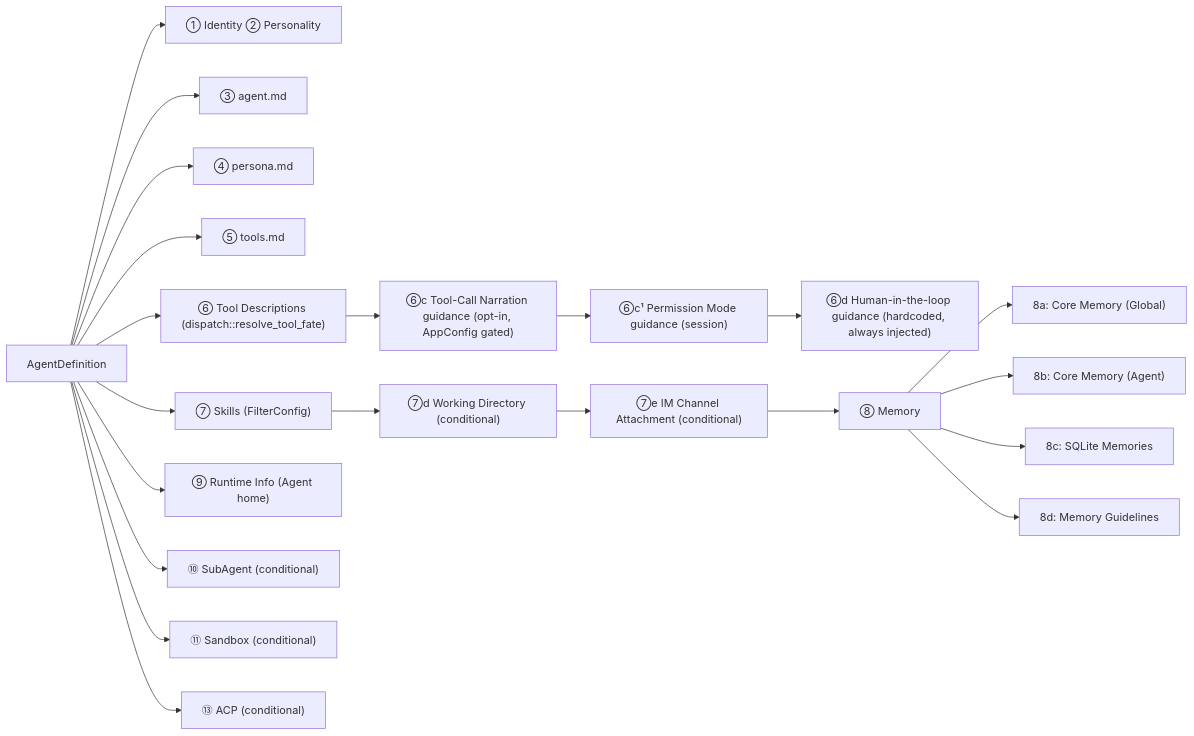
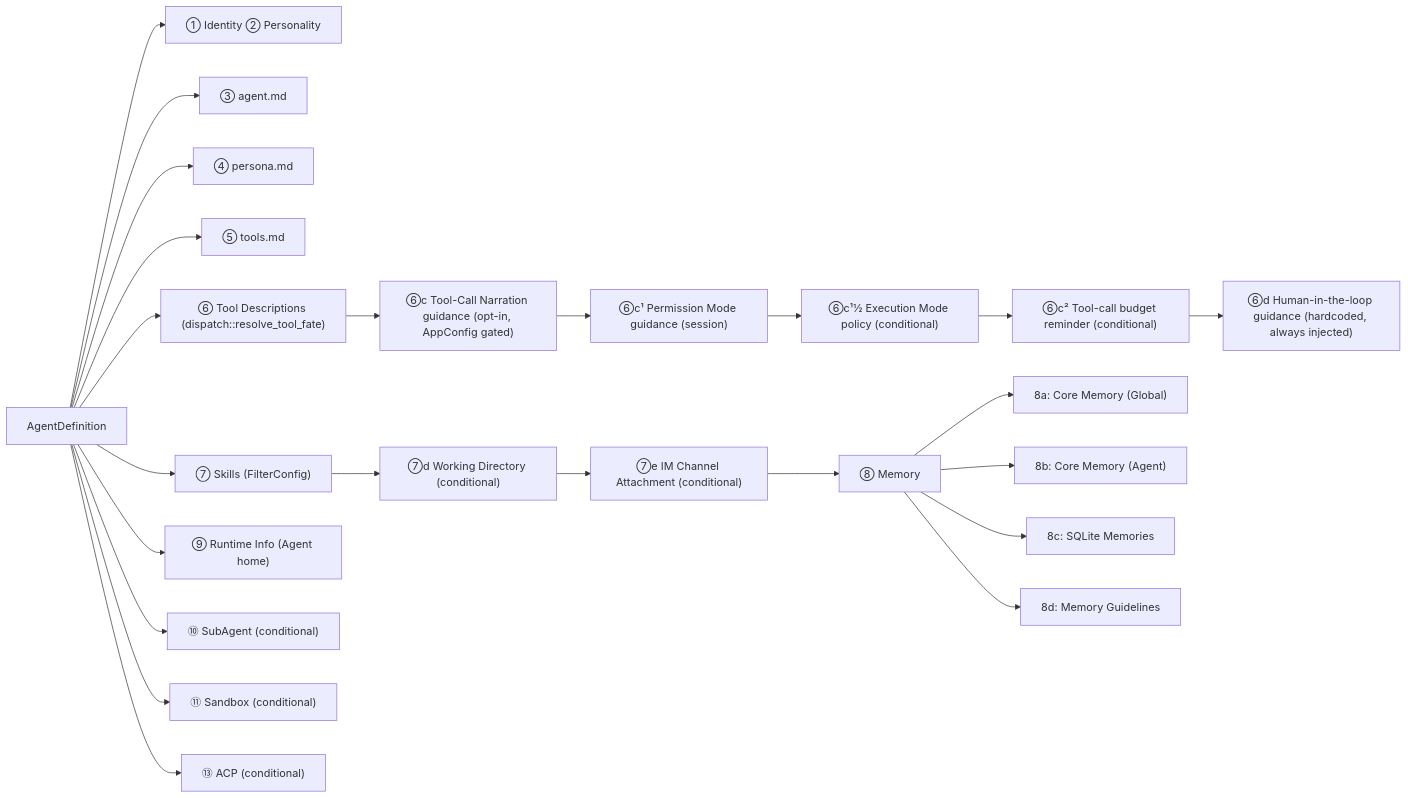
The third of 3 diagrams in docs/architecture/prompt-system.md (shiwenwen/hope-agent), drawn with Mermaid before and after one commit. The commit also changed other lines of this file and 12 other files, not shown here.

Commit message:
docs: document workflow architecture roadmap

````diff
--- a/docs/architecture/prompt-system.md
+++ b/docs/architecture/prompt-system.md
@@ -90,24 +93,26 @@
 ```mermaid
 graph LR
     AD["AgentDefinition"] --> S1["① Identity ② Personality"]
     AD --> S3["③ agent.md"]
     AD --> S4["④ persona.md"]
     AD --> S5["⑤ tools.md"]
     AD --> S6["⑥ Tool Descriptions (dispatch::resolve_tool_fate)"]
     S6 --> S6b["⑥c Tool-Call Narration guidance (opt-in, AppConfig gated)"]
     S6b --> S6c["⑥c¹ Permission Mode guidance (session)"]
-    S6c --> S6d["⑥d Human-in-the-loop guidance (hardcoded, always injected)"]
+    S6c --> S6d["⑥c¹½ Execution Mode policy (conditional)"]
+    S6d --> S6e["⑥c² Tool-call budget reminder (conditional)"]
+    S6e --> S6f["⑥d Human-in-the-loop guidance (hardcoded, always injected)"]
     AD --> S7["⑦ Skills (FilterConfig)"]
     S7 --> S7d["⑦d Working Directory (conditional)"]
     S7d --> S7e["⑦e IM Channel Attachment (conditional)"]
     S7e --> S8["⑧ Memory"]
     S8 --> S8a["8a: Core Memory (Global)"]
     S8 --> S8b["8b: Core Memory (Agent)"]
     S8 --> S8c["8c: SQLite Memories"]
     S8 --> S8d["8d: Memory Guidelines"]
     AD --> S9["⑨ Runtime Info (Agent home)"]
     AD --> S10["⑩ SubAgent (conditional)"]
     AD --> S11["⑪ Sandbox (conditional)"]
     AD --> S13["⑬ ACP (conditional)"]
 
 ```
````
